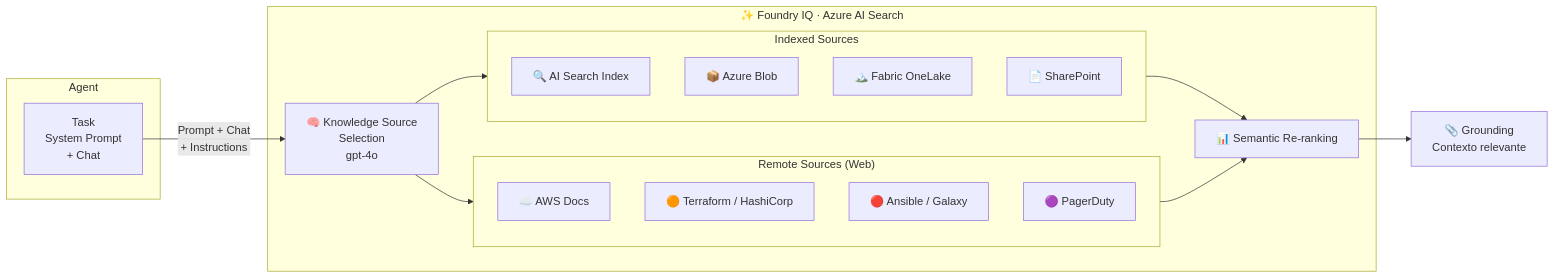
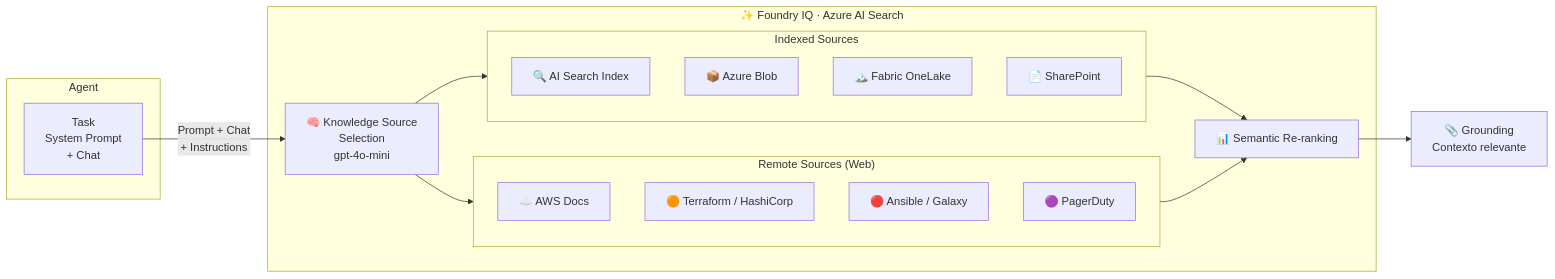
Before and after one commit to Martin-Sciarrillo/Demo-DevOps-Days: the second of 2 diagrams in README.md, drawn with Mermaid. The commit also changed other lines of this file and 5 other files, not shown here.

````diff
--- a/README.md
+++ b/README.md
@@ -82,32 +82,32 @@
 ```mermaid
 flowchart LR
     subgraph AG["Agent"]
         T["Task\nSystem Prompt\n+ Chat"]
     end
 
     subgraph FIQ["✨ Foundry IQ  ·  Azure AI Search"]
-        SEL["🧠 Knowledge Source\nSelection\ngpt-4o"]
+        SEL["🧠 Knowledge Source\nSelection\ngpt-4o-mini"]
         subgraph IDX["Indexed Sources"]
             S1["🔍 AI Search Index"]
             S2["📦 Azure Blob"]
             S3["🏔️ Fabric OneLake"]
             S4["📄 SharePoint"]
         end
         subgraph REM["Remote Sources (Web)"]
             R1["☁️ AWS Docs"]
             R2["🟠 Terraform / HashiCorp"]
             R3["🔴 Ansible / Galaxy"]
             R4["🟣 PagerDuty"]
         end
         RR["📊 Semantic Re-ranking"]
     end
 
     GR["📎 Grounding\nContexto relevante"]
 
     T -->|"Prompt + Chat\n+ Instructions"| SEL
     SEL --> IDX
     SEL --> REM
     IDX --> RR
     REM --> RR
     RR --> GR
 ```
````
